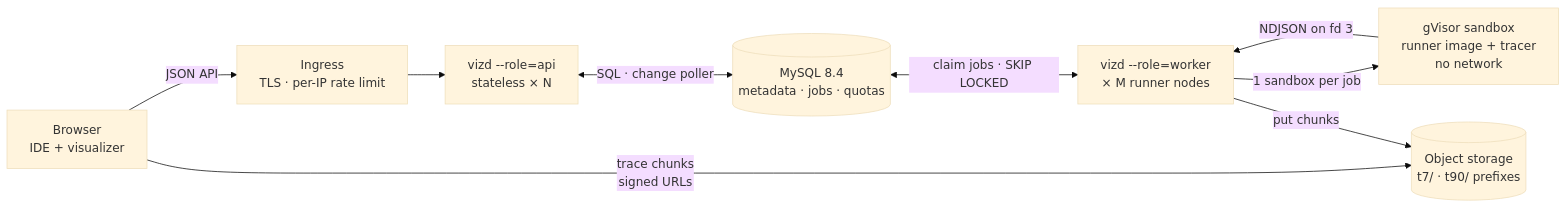
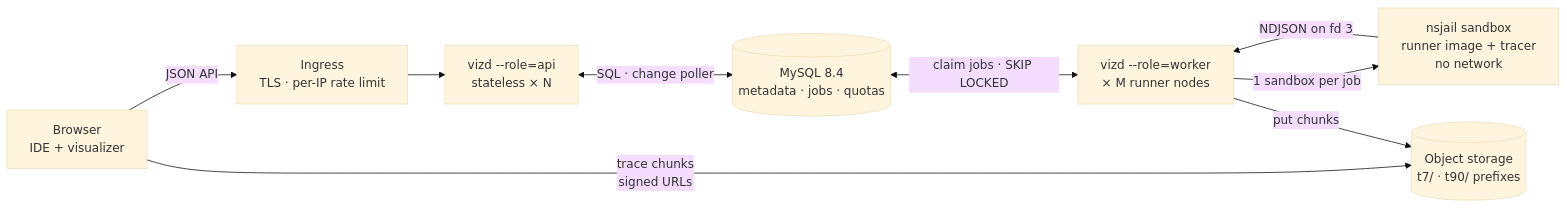
Before and after one commit to tu-hm/code-viz: the first of 6 diagrams in plans/code-visualizer-spec_2.md, drawn with Mermaid (base theme). The commit also changed other lines of this file and 1 other file, not shown here.

Commit message:
docs(plans): record g1 as nsjail with the s1b spike report

````diff
--- a/plans/code-visualizer-spec_2.md
+++ b/plans/code-visualizer-spec_2.md
@@ -575,11 +576,11 @@
 ```mermaid
 flowchart LR
   B[Browser<br/>IDE + visualizer] -- "JSON API" --> GW[Ingress<br/>TLS · per-IP rate limit]
   GW --> API["vizd --role=api<br/>stateless × N"]
   B -- "trace chunks<br/>signed URLs" --> OBJ[(Object storage<br/>t7/ · t90/ prefixes)]
   API <-->|"SQL · change poller"| PG[(MySQL 8.4<br/>metadata · jobs · quotas)]
   PG <-->|"claim jobs · SKIP LOCKED"| WRK["vizd --role=worker<br/>× M runner nodes"]
-  WRK -- "1 sandbox per job" --> SB[gVisor sandbox<br/>runner image + tracer<br/>no network]
+  WRK -- "1 sandbox per job" --> SB[nsjail sandbox<br/>runner image + tracer<br/>no network]
   SB -- "NDJSON on fd 3" --> WRK
   WRK -- "put chunks" --> OBJ
 ```
````
